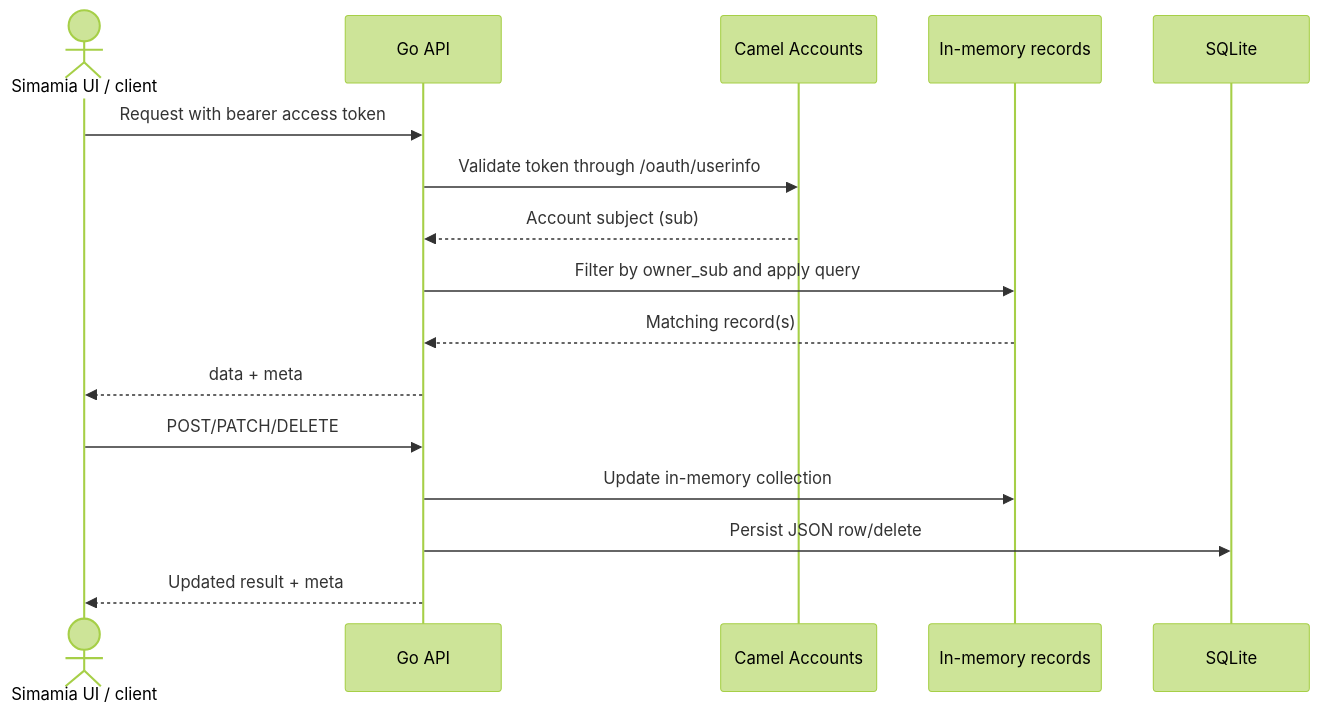
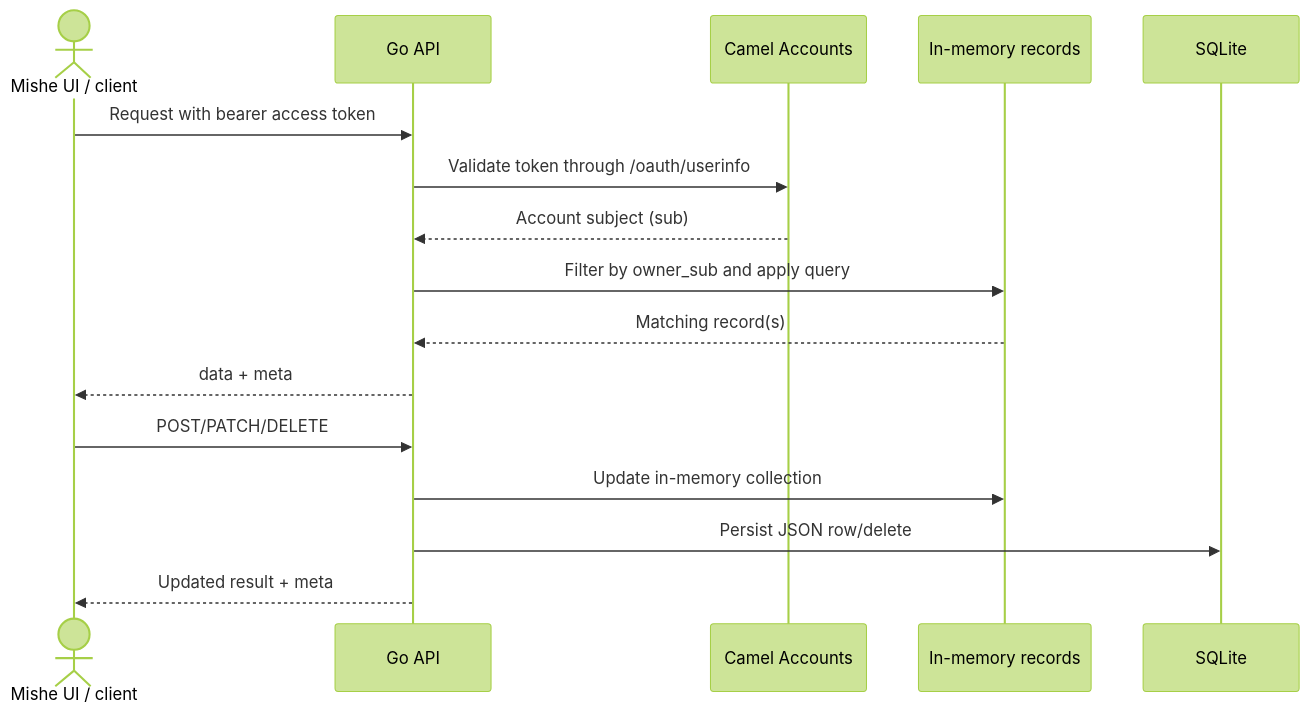
One commit to troubleman96/SIMAMIA-free changed the diagram in docs-site/app/concepts/data-model/page.mdx. Above: the diagram before and after it, drawn with Mermaid (forest theme). The commit also changed 33 other files, not shown here.

````diff
--- a/docs-site/app/concepts/data-model/page.mdx
+++ b/docs-site/app/concepts/data-model/page.mdx
@@ -60,18 +60,18 @@
 ```mermaid
 sequenceDiagram
-  actor UI as Simamia UI / client
+  actor UI as Mishe UI / client
   participant API as Go API
   participant Auth as Camel Accounts
   participant Mem as In-memory records
   participant SQL as SQLite
   UI->>API: Request with bearer access token
   API->>Auth: Validate token through /oauth/userinfo
   Auth-->>API: Account subject (sub)
   API->>Mem: Filter by owner_sub and apply query
   Mem-->>API: Matching record(s)
   API-->>UI: data + meta
   UI->>API: POST/PATCH/DELETE
   API->>Mem: Update in-memory collection
   API->>SQL: Persist JSON row/delete
   API-->>UI: Updated result + meta
 ```
````
